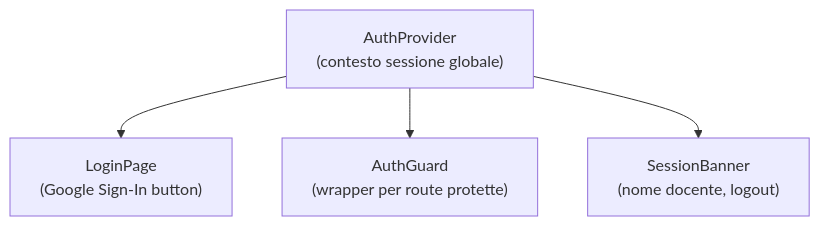
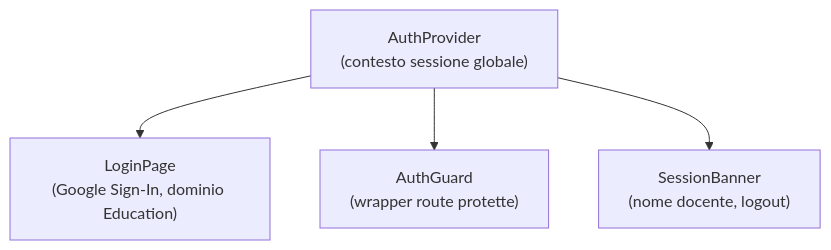
Before and after one commit to EnricoPaparo/SchoolForge: the second of 8 diagrams in documentazione/diagrammi/component-frontend.md, drawn with Mermaid. The commit also changed other lines of this file and 7 other files, not shown here.

First line of the commit message:
docs: allinea i 5 diagrammi alla v2.0 e completa il README

````diff
--- a/documentazione/diagrammi/component-frontend.md
+++ b/documentazione/diagrammi/component-frontend.md
@@ -37,7 +43,7 @@
 ```mermaid
 flowchart TD
     AuthRoot["AuthProvider\n(contesto sessione globale)"]
-    AuthRoot --> LoginPage["LoginPage\n(Google Sign-In button)"]
-    AuthRoot --> AuthGuard["AuthGuard\n(wrapper per route protette)"]
+    AuthRoot --> LoginPage["LoginPage\n(Google Sign-In, dominio Education)"]
+    AuthRoot --> AuthGuard["AuthGuard\n(wrapper route protette)"]
     AuthRoot --> SessionBanner["SessionBanner\n(nome docente, logout)"]
 ```
````
